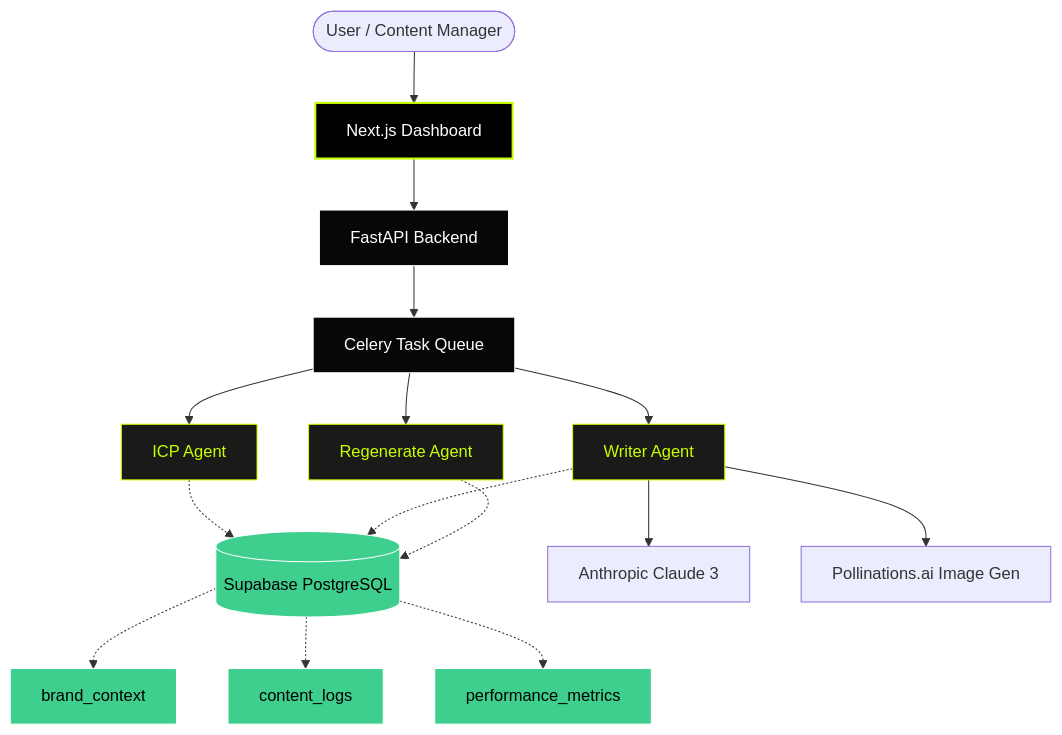
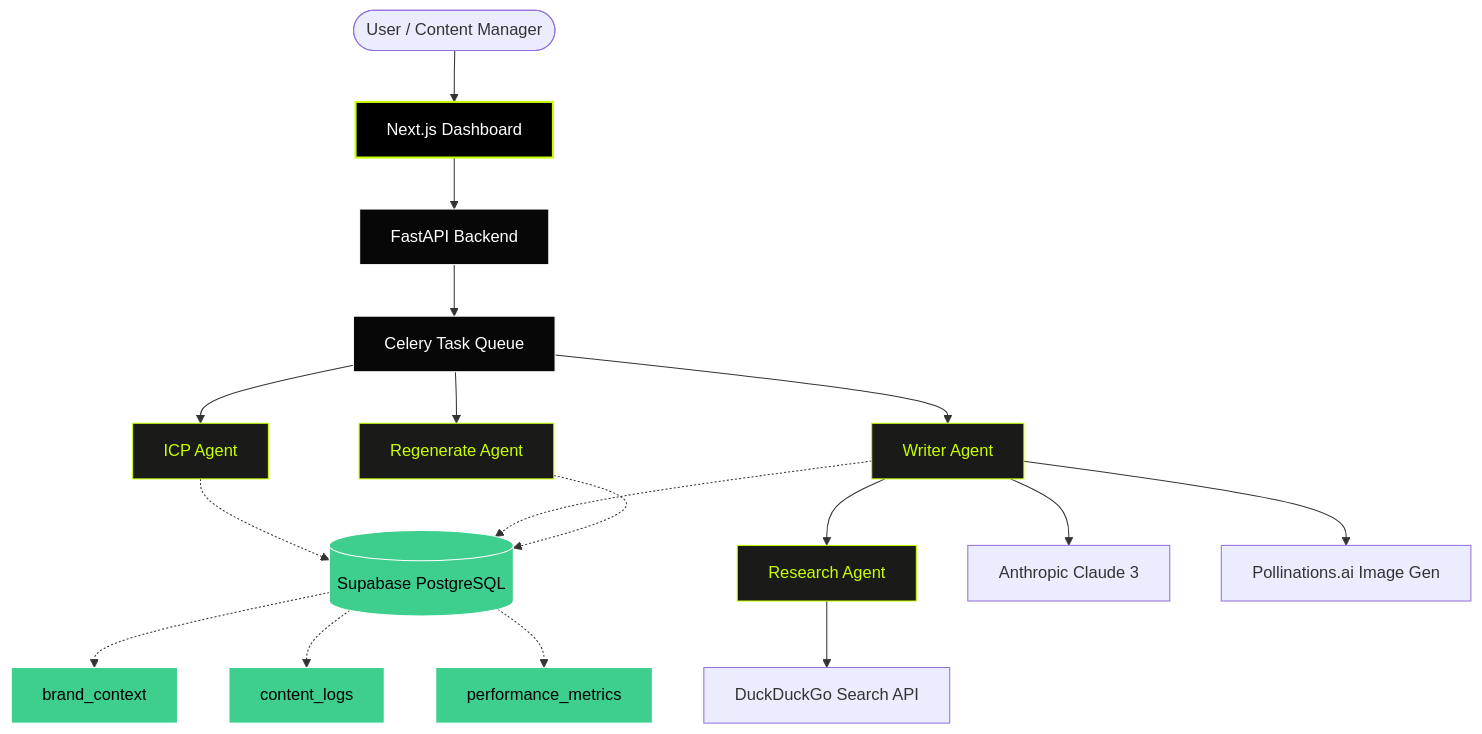
Before and after one commit to bitcot/agentic-content-automation: the diagram in README.md, drawn with Mermaid.

Commit message:
docs: add ResearchAgent and DuckDuckGo API to architecture diagram in README

````diff
--- a/README.md
+++ b/README.md
@@ -29,37 +29,39 @@
 ```mermaid
 graph TD
     %% Core Infrastructure
     User([User / Content Manager]) --> UI[Next.js Dashboard]
     UI --> API[FastAPI Backend]
     
     %% Agents & Logic
     API --> Celery[Celery Task Queue]
     Celery --> ICPAgent[ICP Agent]
     Celery --> WriterAgent[Writer Agent]
     Celery --> RegenAgent[Regenerate Agent]
+    WriterAgent --> ResearchAgent[Research Agent]
     
     %% Brain & Memory
     ICPAgent -.-> Supabase[(Supabase PostgreSQL)]
     WriterAgent -.-> Supabase
     RegenAgent -.-> Supabase
     
     %% External Services
     WriterAgent --> Claude[Anthropic Claude 3]
     WriterAgent --> Pollinations[Pollinations.ai Image Gen]
+    ResearchAgent --> DDG[DuckDuckGo Search API]
     
     %% Data Models inside DB
     Supabase -.-> BrandContext[brand_context]
     Supabase -.-> ContentLogs[content_logs]
     Supabase -.-> PerfMetrics[performance_metrics]
     
     %% Styling
     classDef ui fill:#000,stroke:#C8FF00,stroke-width:2px,color:#fff;
     classDef api fill:#070707,stroke:#fff,stroke-width:1px,color:#fff;
     classDef agent fill:#1A1A18,stroke:#C8FF00,stroke-width:1px,color:#C8FF00;
     classDef db fill:#3ECF8E,stroke:#fff,stroke-width:1px,color:#000;
     
     class UI ui;
     class API,Celery api;
-    class ICPAgent,WriterAgent,RegenAgent agent;
+    class ICPAgent,WriterAgent,RegenAgent,ResearchAgent agent;
     class Supabase,BrandContext,ContentLogs,PerfMetrics db;
 ```
````
